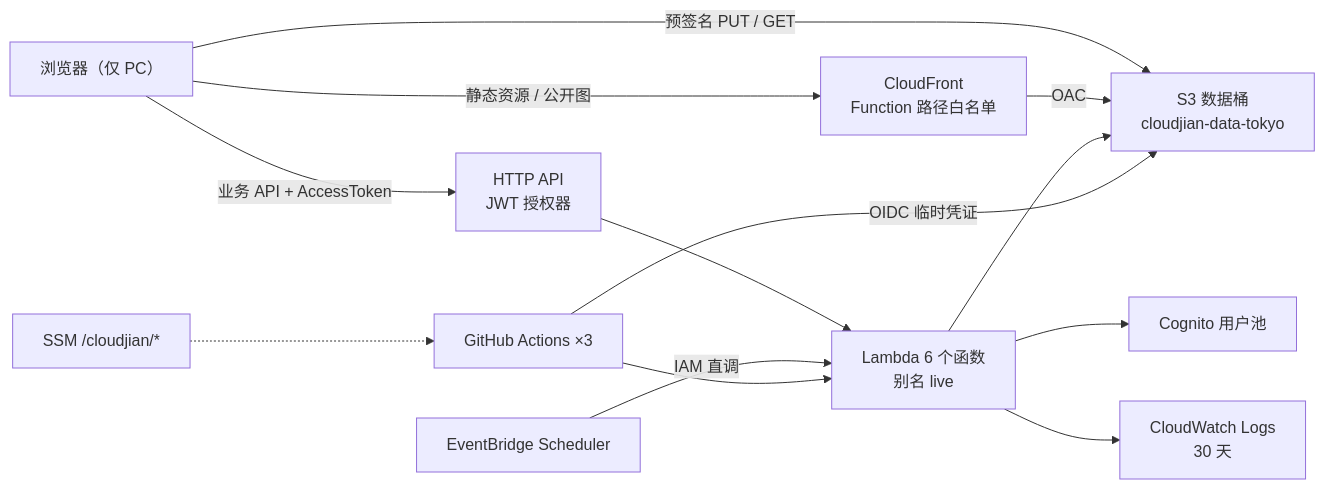
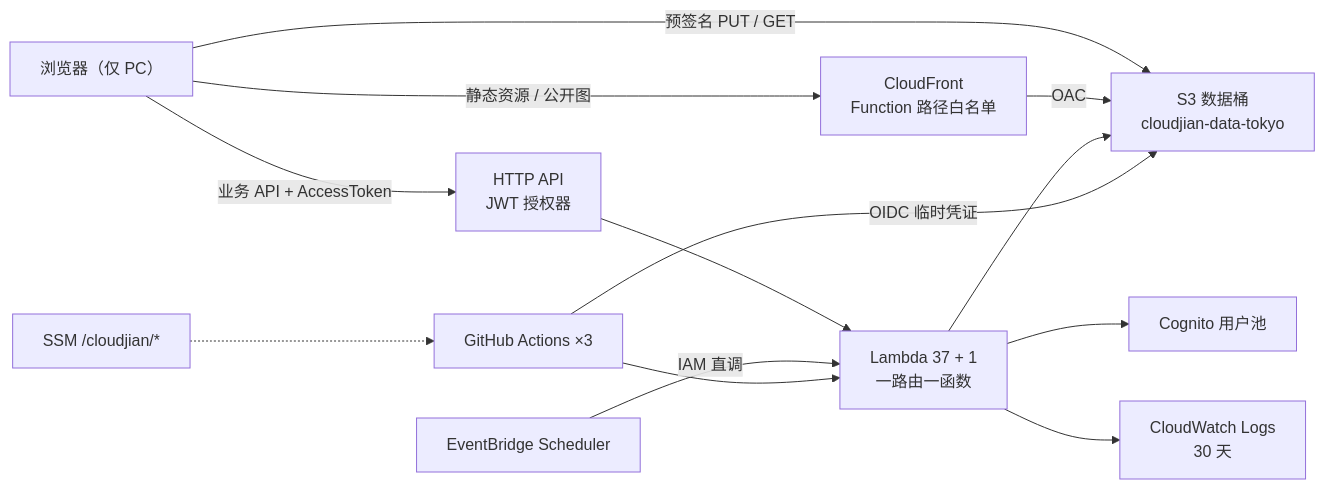
The first of 6 diagrams in docs/云笺-ALL-基线-技术架构-v1.2.md (tengsihai/cloudjian_infra), drawn with Mermaid before and after one commit. The commit also changed other lines of this file and 20 other files, not shown here.

````diff
--- a/docs/云笺-ALL-基线-技术架构-v1.2.md
+++ b/docs/云笺-ALL-基线-技术架构-v1.2.md
@@ -53,15 +55,15 @@
 ```mermaid
 flowchart LR
   B["浏览器（仅 PC）"] -->|"静态资源 / 公开图"| CF["CloudFront<br/>Function 路径白名单"]
   B -->|"业务 API + AccessToken"| APIG["HTTP API<br/>JWT 授权器"]
   B -->|"预签名 PUT / GET"| S3["S3 数据桶<br/>cloudjian-data-tokyo"]
   CF -->|"OAC"| S3
-  APIG --> L["Lambda 6 个函数<br/>别名 live"]
+  APIG --> L["Lambda 37 + 1<br/>一路由一函数"]
   L --> S3
   L --> COG["Cognito 用户池"]
   L --> CW["CloudWatch Logs<br/>30 天"]
   SCH["EventBridge Scheduler"] -->|"IAM 直调"| L
   GHA["GitHub Actions ×3"] -->|"OIDC 临时凭证"| S3
   GHA --> L
   SSM["SSM /cloudjian/*"] -.-> GHA
 ```
````
